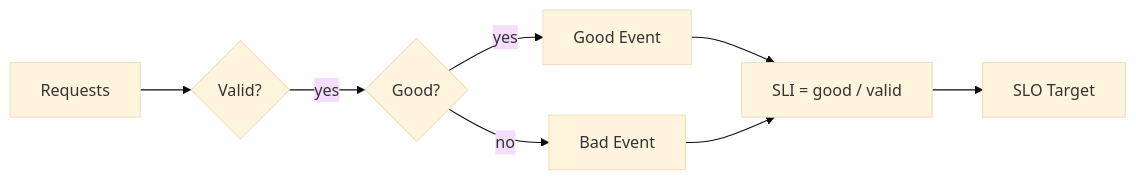
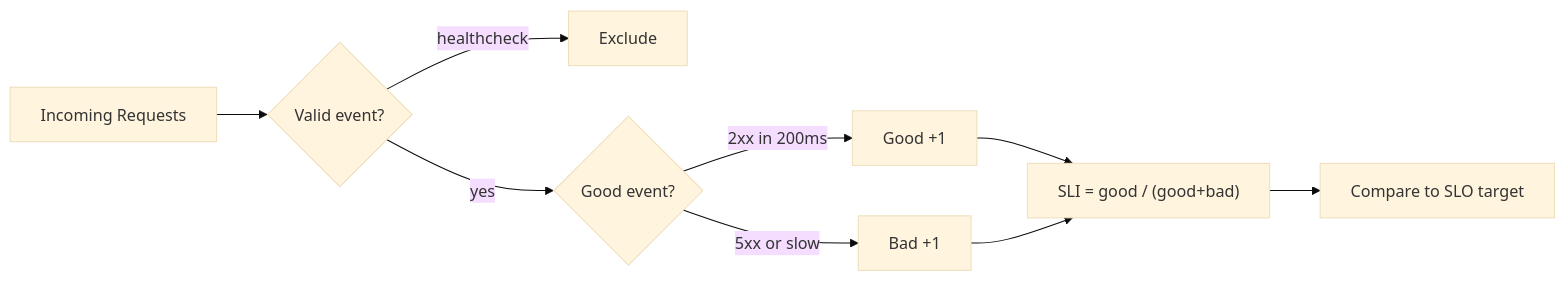
Before and after one commit to hareramcse/SystemDesign: diagram 11 of 20 in 09-observability/README.md, drawn with Mermaid (base theme). The commit also changed other lines of this file and 14 other files, not shown here.

````diff
--- a/09-observability/README.md
+++ b/09-observability/README.md
@@ -527,9 +661,10 @@
 ```mermaid
 flowchart LR
-    Req[Requests] --> V{Valid?}
-    V -->|yes| G{Good?}
-    G -->|yes| Good[Good Event]
-    G -->|no| Bad[Bad Event]
-    Good & Bad --> SLI["SLI = good / valid"]
-    SLI --> SLO[SLO Target]
+    Req[Incoming Requests] --> V{Valid event?}
+    V -->|healthcheck| Skip[Exclude]
+    V -->|yes| G{Good event?}
+    G -->|2xx in 200ms| Good[Good +1]
+    G -->|5xx or slow| Bad[Bad +1]
+    Good & Bad --> SLI["SLI = good / (good+bad)"]
+    SLI --> SLO[Compare to SLO target]
 ```
````
